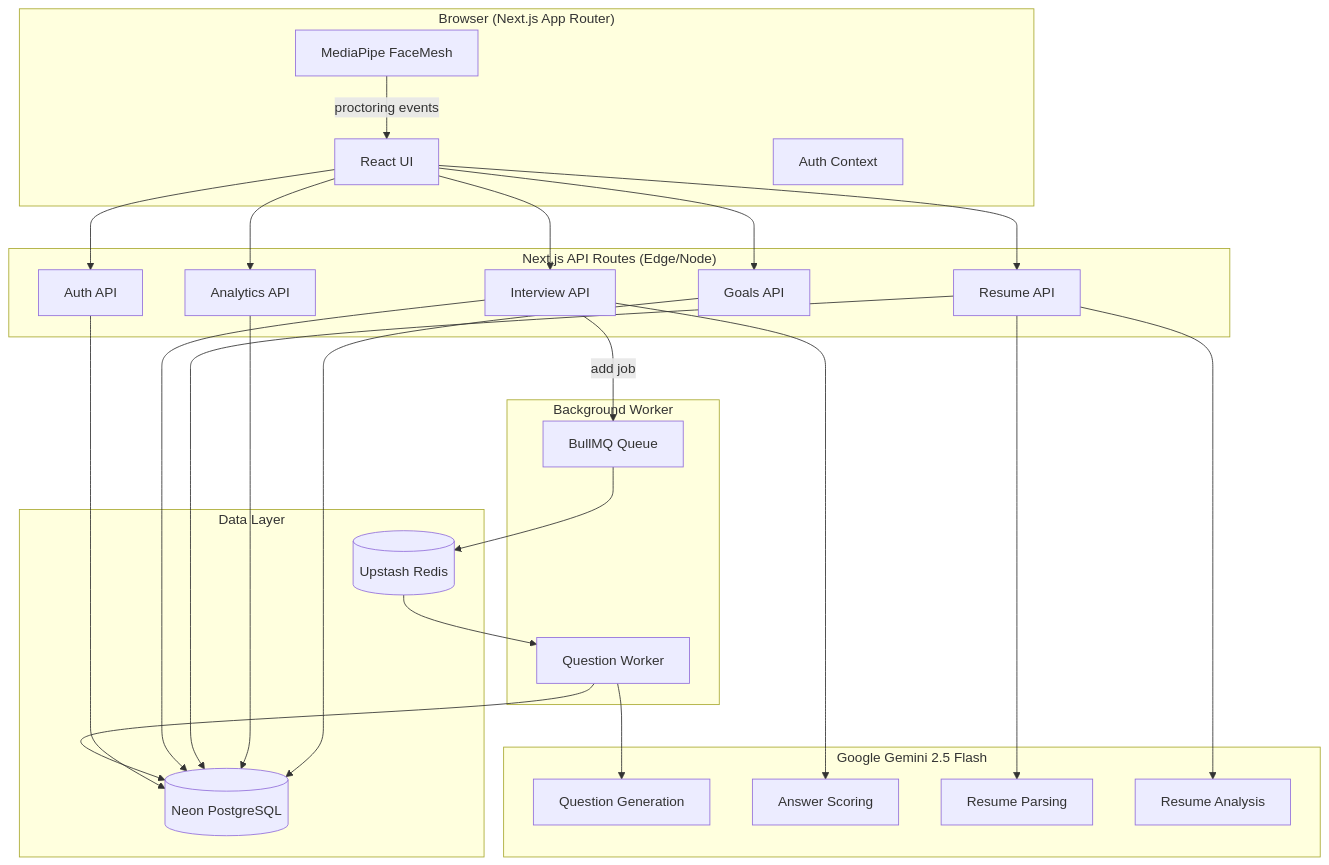
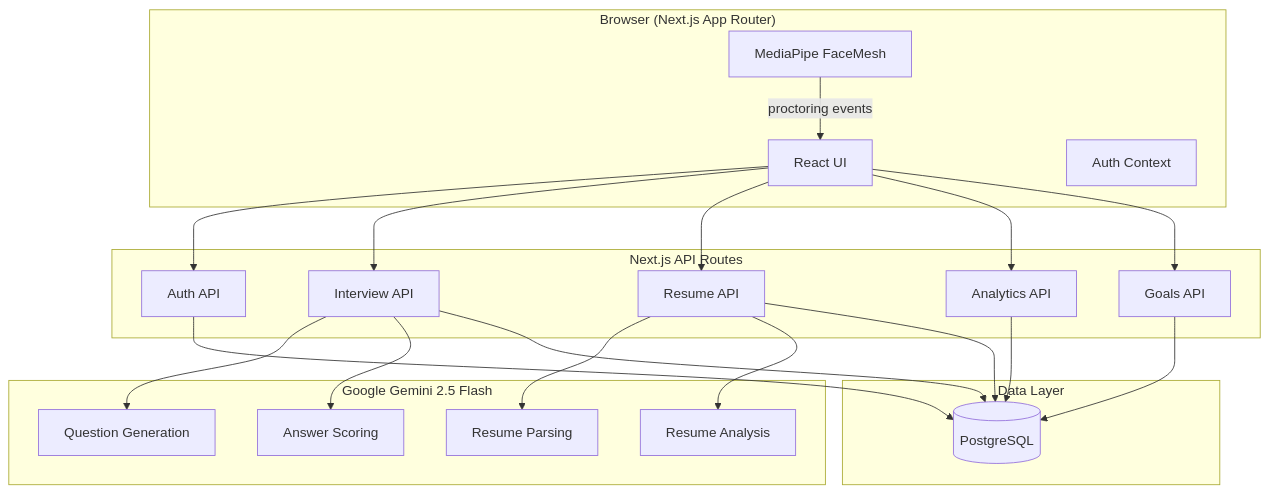
Before and after one commit to patiladitya77/Prep-AI: the first of 3 diagrams in README.md, drawn with Mermaid. The commit also changed other lines of this file, not shown here.

````diff
--- a/README.md
+++ b/README.md
@@ -99,57 +100,46 @@
 ```mermaid
 graph TB
     subgraph Client["Browser (Next.js App Router)"]
         UI[React UI]
         AuthCtx[Auth Context]
         MediaPipe[MediaPipe FaceMesh]
     end
 
-    subgraph Server["Next.js API Routes (Edge/Node)"]
+    subgraph Server["Next.js API Routes"]
         AuthAPI[Auth API]
         InterviewAPI[Interview API]
         ResumeAPI[Resume API]
         AnalyticsAPI[Analytics API]
         GoalsAPI[Goals API]
-    end
-
-    subgraph Queue["Background Worker"]
-        BullMQ[BullMQ Queue]
-        Worker[Question Worker]
     end
 
     subgraph AI["Google Gemini 2.5 Flash"]
         QGen[Question Generation]
         Scoring[Answer Scoring]
         ResumeParse[Resume Parsing]
         ResumeAnalyze[Resume Analysis]
     end
 
     subgraph Data["Data Layer"]
-        Postgres[(Neon PostgreSQL)]
-        Redis[(Upstash Redis)]
+        Postgres[(PostgreSQL)]
     end
 
     UI --> AuthAPI
     UI --> InterviewAPI
     UI --> ResumeAPI
     UI --> AnalyticsAPI
     UI --> GoalsAPI
 
-    InterviewAPI -->|add job| BullMQ
-    BullMQ --> Redis
-    Redis --> Worker
-    Worker --> QGen
-    Worker --> Postgres
-
+    InterviewAPI --> QGen
     InterviewAPI --> Scoring
     ResumeAPI --> ResumeParse
     ResumeAPI --> ResumeAnalyze
 
     AuthAPI --> Postgres
     InterviewAPI --> Postgres
     ResumeAPI --> Postgres
     AnalyticsAPI --> Postgres
     GoalsAPI --> Postgres
 
     MediaPipe -->|proctoring events| UI
 ```
````
